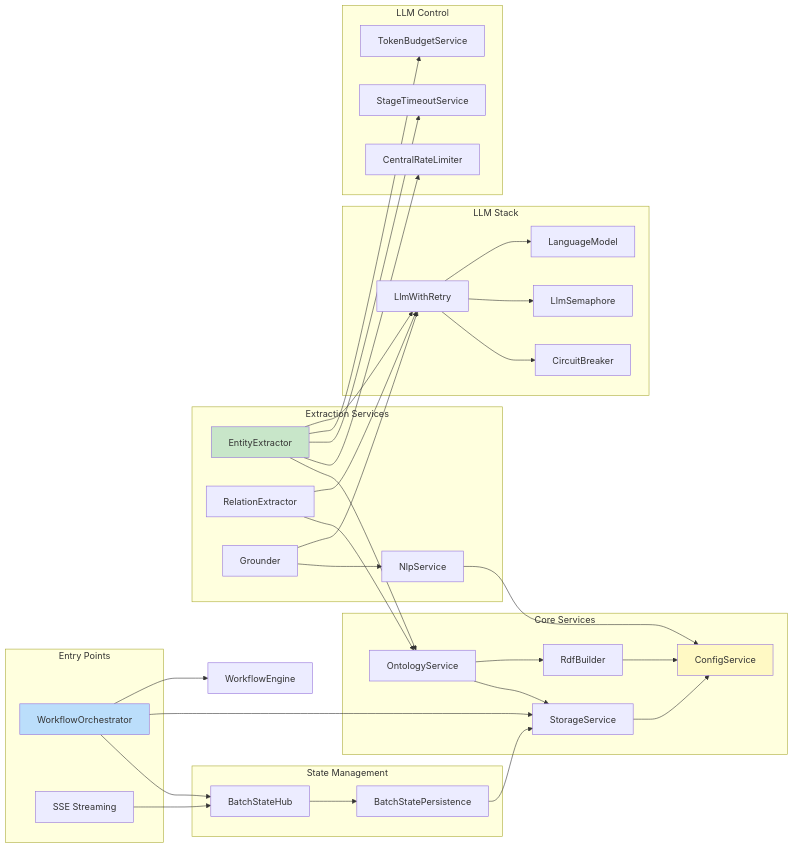
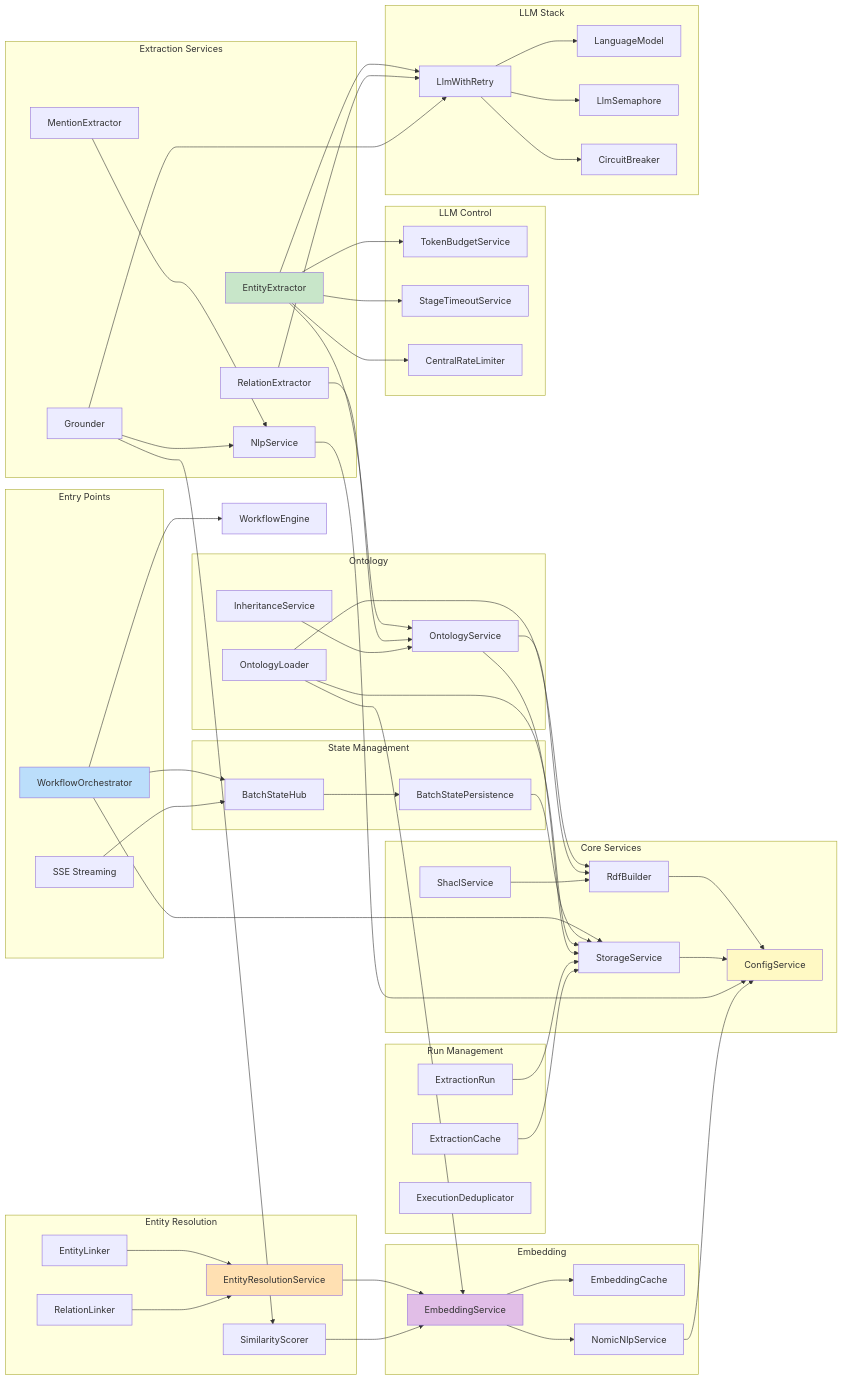
Before and after one commit to mepuka/effect-ontology: the fifth of 13 diagrams in packages/@core-v2/docs/architecture/system-architecture.md, drawn with Mermaid. The commit also changed other lines of this file and 53 other files, not shown here.

First line of the commit message:
feat: implement SOTA ontology extraction enhancements

````diff
--- a/packages/@core-v2/docs/architecture/system-architecture.md
+++ b/packages/@core-v2/docs/architecture/system-architecture.md
@@ -259,15 +291,35 @@
     subgraph "Extraction Services"
         EE[EntityExtractor]
         RE[RelationExtractor]
+        ME[MentionExtractor]
         GR[Grounder]
         NLP[NlpService]
+    end
+
+    subgraph "Entity Resolution"
+        ERS[EntityResolutionService]
+        EL[EntityLinker]
+        RLink[RelationLinker]
+        SS2[SimilarityScorer]
+    end
+
+    subgraph "Embedding"
+        ES[EmbeddingService]
+        EC[EmbeddingCache]
+        Nomic[NomicNlpService]
+    end
+
+    subgraph "Ontology"
+        OS[OntologyService]
+        OL[OntologyLoader]
+        IS[InheritanceService]
     end
 
     subgraph "Core Services"
         CS[ConfigService]
         SS[StorageService]
-        OS[OntologyService]
         RB[RdfBuilder]
+        SHACL[ShaclService]
     end
 
     subgraph "LLM Stack"
@@ -283,6 +335,12 @@
         RL[CentralRateLimiter]
     end
 
+    subgraph "Run Management"
+        ER[ExtractionRun]
+        ECa[ExtractionCache]
+        ED[ExecutionDeduplicator]
+    end
+
     WO --> WE[WorkflowEngine]
     WO --> SS
     WO --> BSH
@@ -294,6 +352,7 @@
     EE --> LR
     RE --> LR
     GR --> LR
+    ME --> NLP
 
     LR --> LM
     LR --> LS
@@ -306,15 +365,37 @@
     EE --> OS
     RE --> OS
     GR --> NLP
+    GR --> SS2
+
+    ERS --> ES
+    EL --> ERS
+    RLink --> ERS
+    SS2 --> ES
+
+    ES --> Nomic
+    ES --> EC
+
+    OL --> RB
+    OL --> ES
+    OL --> SS
+    IS --> OS
 
     OS --> RB
     OS --> SS
 
+    SHACL --> RB
+
     RB --> CS
     SS --> CS
     NLP --> CS
+    Nomic --> CS
+
+    ER --> SS
+    ECa --> SS
 
     style WO fill:#bbdefb
     style EE fill:#c8e6c9
+    style ERS fill:#ffe0b2
+    style ES fill:#e1bee7
     style CS fill:#fff9c4
 ```
````
